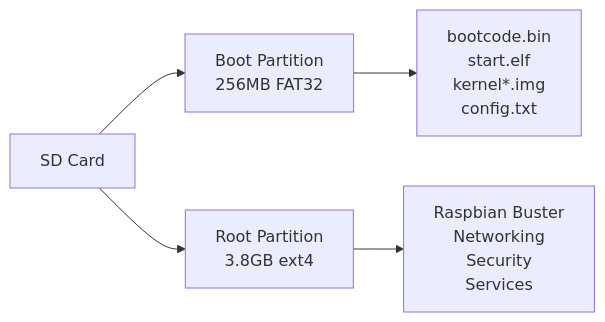
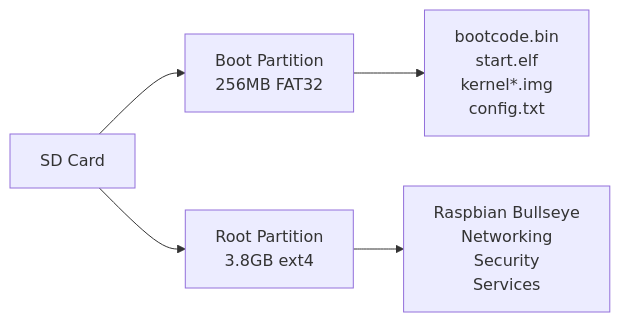
Before and after one commit to pimeleon/build-pimeleon: the diagram in docs/getting-started/first-build.md, drawn with Mermaid. The commit also changed other lines of this file and 10 other files, not shown here.

````diff
--- a/docs/getting-started/first-build.md
+++ b/docs/getting-started/first-build.md
@@ -272,8 +272,8 @@
 ```mermaid
 graph LR
     A[SD Card] --> B[Boot Partition<br/>256MB FAT32]
     A --> C[Root Partition<br/>3.8GB ext4]
 
     B --> D[bootcode.bin<br/>start.elf<br/>kernel*.img<br/>config.txt]
-    C --> E[Raspbian Buster<br/>Networking<br/>Security<br/>Services]
+    C --> E[Raspbian Bullseye<br/>Networking<br/>Security<br/>Services]
 ```
````
